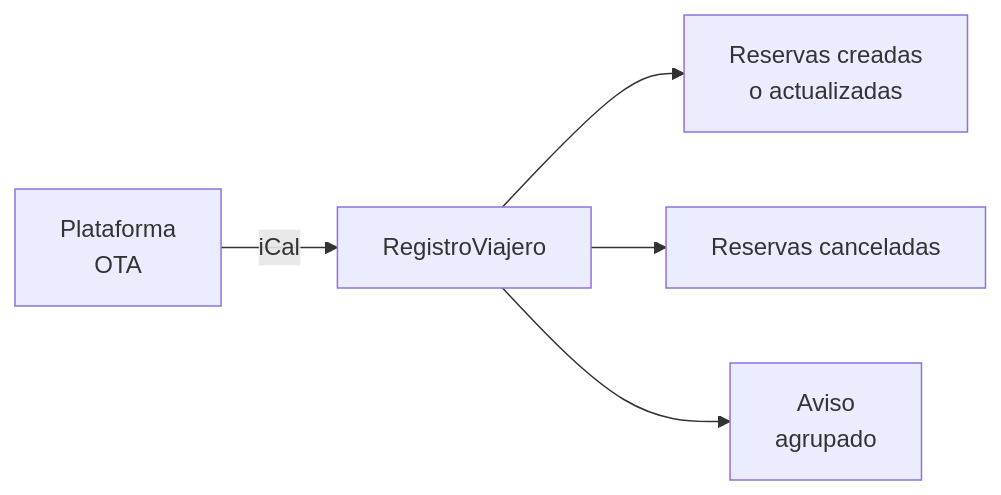
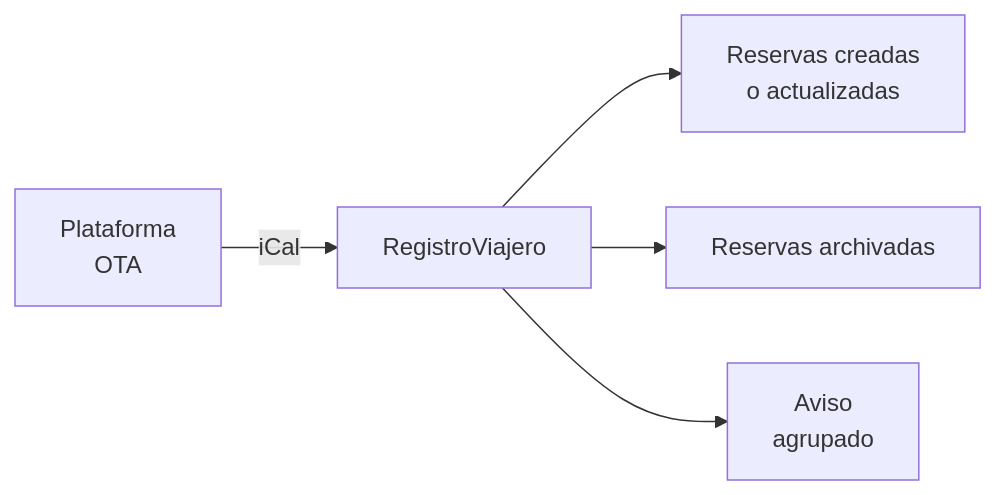
Before and after one commit to registroviajero/help: the diagram in docs/guia/ical.md, drawn with Mermaid. The commit also changed other lines of this file and 21 other files, not shown here.

````diff
--- a/docs/guia/ical.md
+++ b/docs/guia/ical.md
@@ -35,7 +35,7 @@
 ```mermaid
 flowchart LR
   OTA[Plataforma<br/>OTA] -- iCal --> RV[RegistroViajero]
   RV --> N[Reservas creadas<br/>o actualizadas]
-  RV --> C[Reservas canceladas]
+  RV --> C[Reservas archivadas]
   RV --> K[Aviso<br/>agrupado]
 ```
````
